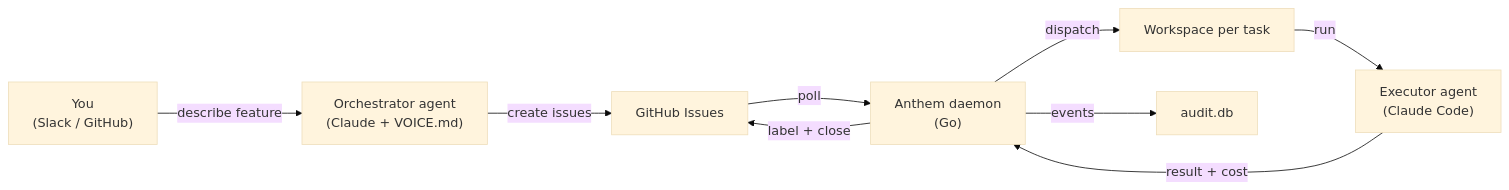
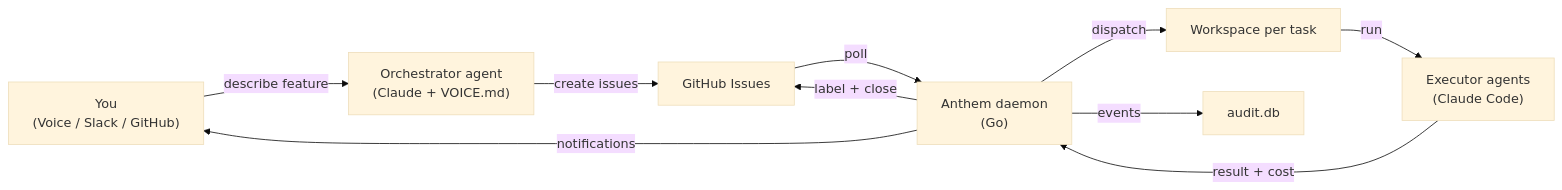
Before and after one commit to rauriemo/anthem: the first of 2 diagrams in README.md, drawn with Mermaid (base theme). The commit also changed other lines of this file, not shown here.

First line of the commit message:
Update README with two-layer architecture intro and Dispatch voice channel docs

````diff
--- a/README.md
+++ b/README.md
@@ -58,11 +58,12 @@
 ```mermaid
 flowchart LR
-  U["You\n(Slack / GitHub)"] -->|describe feature| OA["Orchestrator agent\n(Claude + VOICE.md)"]
+  U["You\n(Voice / Slack / GitHub)"] -->|describe feature| OA["Orchestrator agent\n(Claude + VOICE.md)"]
   OA -->|create issues| GH["GitHub Issues"]
   GH -->|poll| D["Anthem daemon\n(Go)"]
   D -->|dispatch| W[Workspace per task]
-  W -->|run| EA["Executor agent\n(Claude Code)"]
+  W -->|run| EA["Executor agents\n(Claude Code)"]
   EA -->|"result + cost"| D
   D -->|"label + close"| GH
   D -->|events| AUD["audit.db"]
+  D -->|notifications| U
 ```
````
